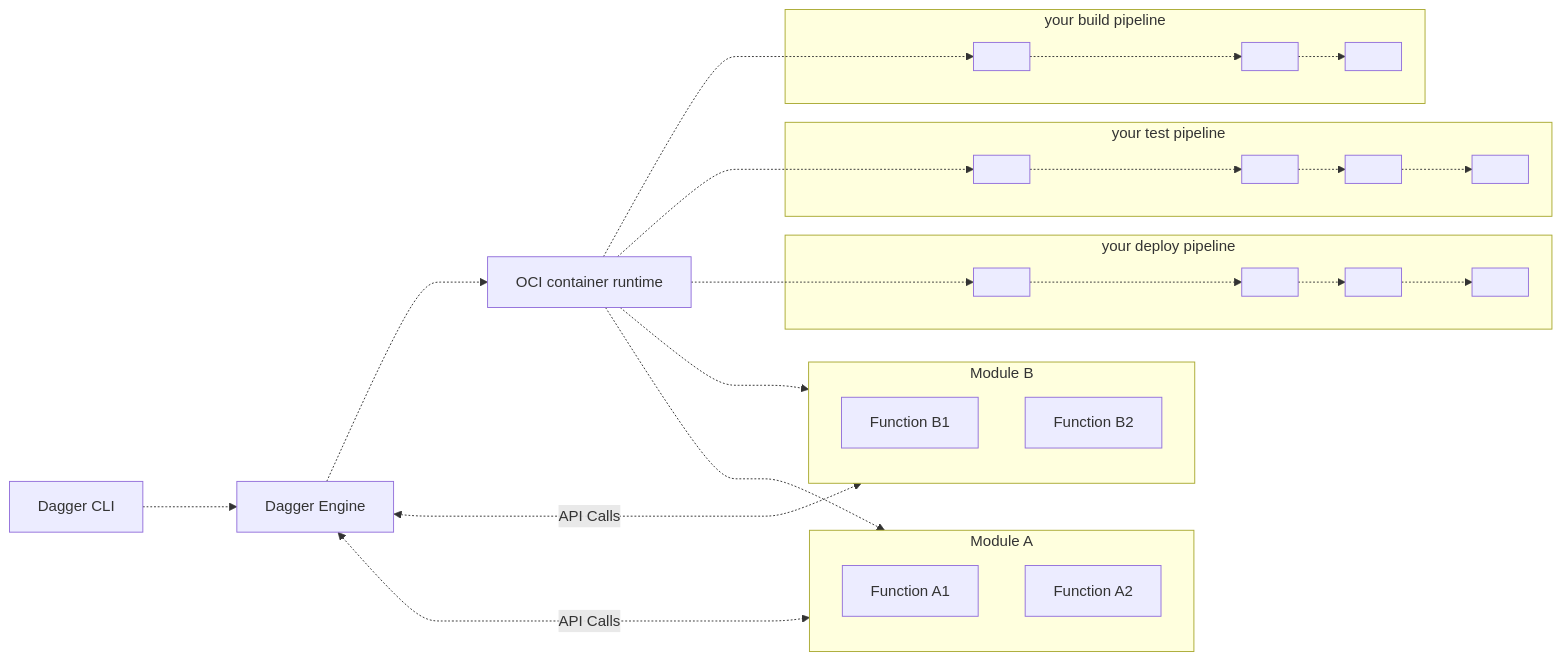
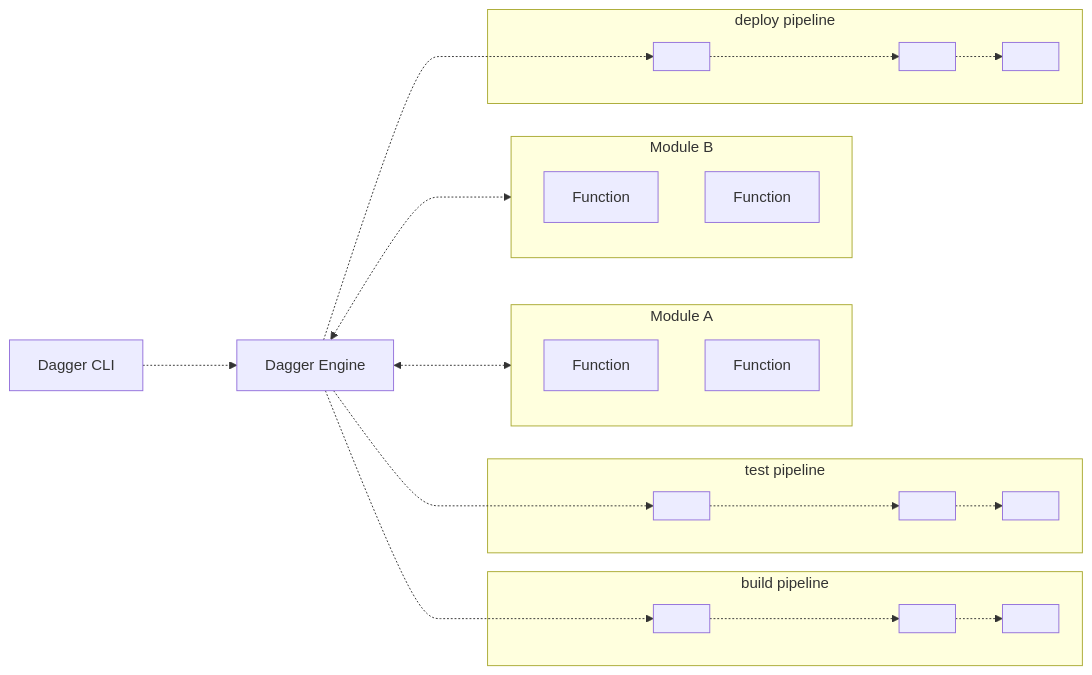
One commit to dagger/dagger changed the diagram in docs/zenith/index.md. Above: the diagram before and after it, drawn with Mermaid. The commit also changed other lines of this file, not shown here.

Commit message:
simplify how it works diagram in order to improve formatting

````diff
--- a/docs/zenith/index.md
+++ b/docs/zenith/index.md
@@ -54,39 +54,37 @@
 ```mermaid
 graph LR;
 
 program["Dagger CLI"]
 
 engine["Dagger Engine"]
-oci["OCI container runtime"]
 
 subgraph ModA["Module A"]
-    FnA1["Function A1"]
-    FnA2["Function A2"]
+    FnA1["Function"]
+    FnA2["Function"]
 end
 
 subgraph ModB["Module B"]
-    FnB1["Function B1"]
-    FnB2["Function B2"]
+    FnB1["Function"]
+    FnB2["Function"]
 end
 
-subgraph A["your build pipeline"]
+subgraph A["build pipeline"]
   A1[" "] -.-> A2[" "] -.-> A3[" "]
 end
 
-subgraph B["your test pipeline"]
-  B1[" "] -.-> B2[" "] -.-> B3[" "] -.-> B4[" "]
+subgraph B["test pipeline"]
+  B1[" "] -.-> B2[" "] -.-> B3[" "]
 end
 
-subgraph C["your deploy pipeline"]
-  C1[" "] -.-> C2[" "] -.-> C3[" "] -.-> C4[" "]
+subgraph C["deploy pipeline"]
+  C1[" "] -.-> C2[" "] -.-> C3[" "]
 end
 
-program -..-> engine -..-> oci
-oci -..-> A1 & B1 & C1
 
-oci -..-> ModB
-engine  <-..->|API Calls| ModB
+engine  <-..-> ModB
 
-oci -..-> ModA
-engine  <-..->|API Calls| ModA
+engine  <-..-> ModA
+
+program -..-> engine
+engine -..-> A1 & B1 & C1
 ```
````
